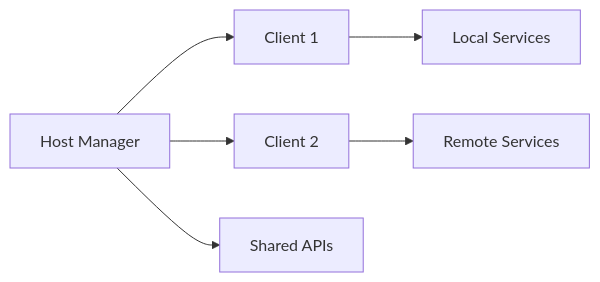
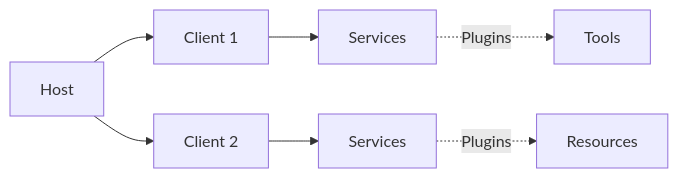
Before and after one commit to Algiras/vs-zinios-conference-2025-11-18: the ninth of 13 diagrams in slides/presentation.md, drawn with Mermaid. The commit also changed other lines of this file and 1 other file, not shown here.

````diff
--- a/slides/presentation.md
+++ b/slides/presentation.md
@@ -745,8 +807,9 @@
 ```mermaid
 graph LR
-    H[Host Manager] --> C1[Client 1]
+    H[Host] --> C1[Client 1]
     H --> C2[Client 2]
-    C1 --> S1[Local Services]
-    C2 --> S2[Remote Services]
-    H --> S3[Shared APIs]
+    C1 --> S1[Services]
+    C2 --> S2[Services]
+    S1 -.->|Plugins| T[Tools]
+    S2 -.->|Plugins| R[Resources]
 ```
````
